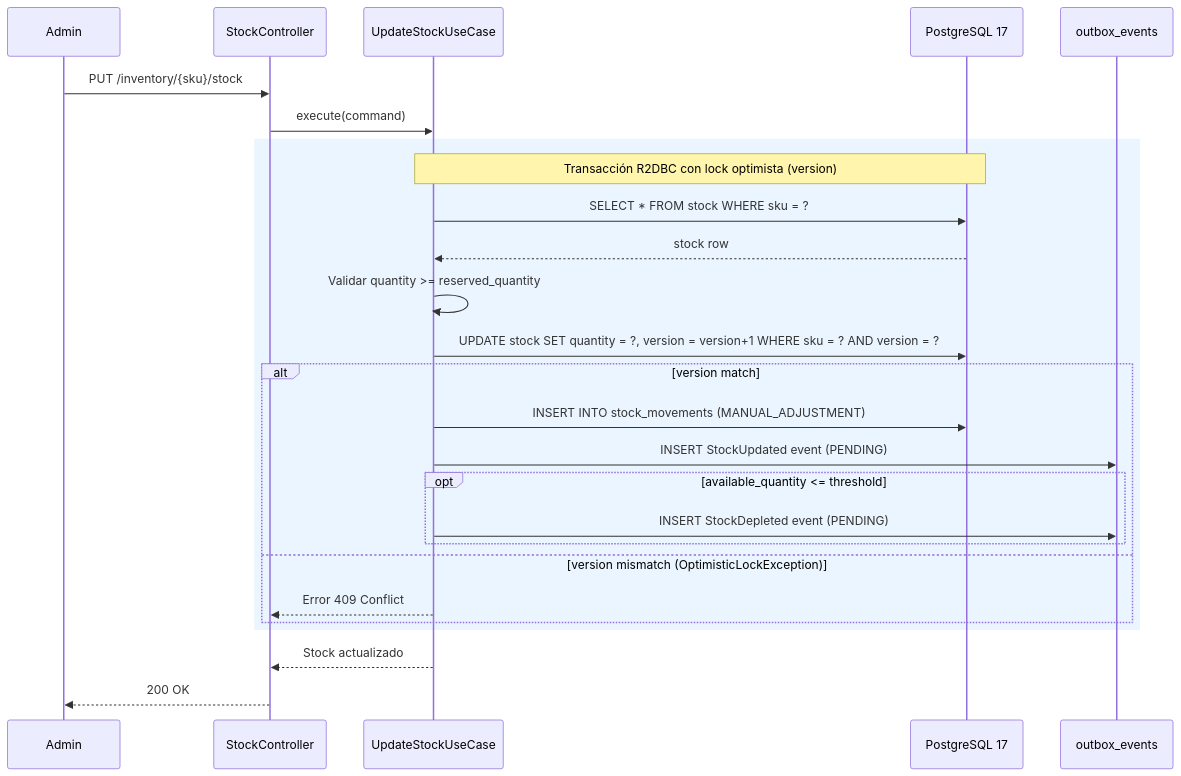
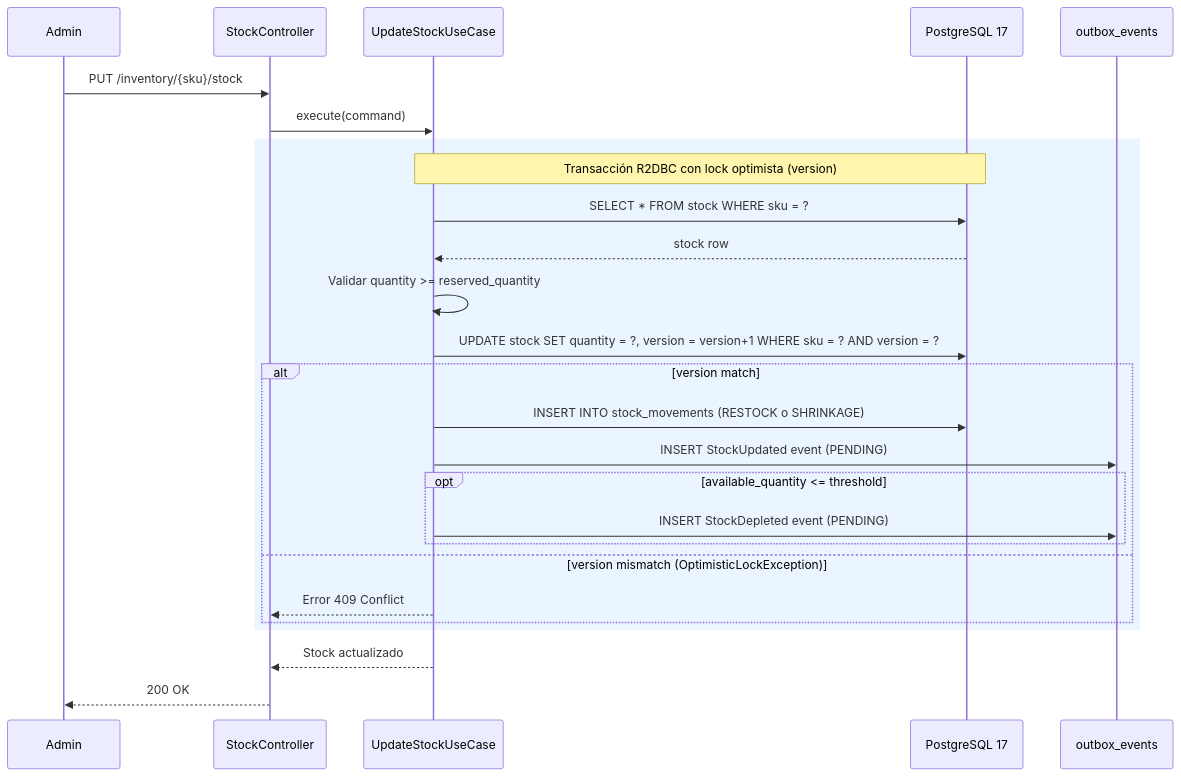
Before and after one commit to Saisho137/Arka: the third of 6 diagrams in .kiro/specs/ms-inventory/design.md, drawn with Mermaid. The commit also changed other lines of this file and 3 other files, not shown here.

````diff
--- a/.kiro/specs/ms-inventory/design.md
+++ b/.kiro/specs/ms-inventory/design.md
@@ -134,31 +134,31 @@
 ```mermaid
 sequenceDiagram
     participant Admin
     participant Controller as StockController
     participant UseCase as UpdateStockUseCase
     participant PG as PostgreSQL 17
     participant Outbox as outbox_events
 
     Admin->>Controller: PUT /inventory/{sku}/stock
     Controller->>UseCase: execute(command)
 
     rect rgb(235, 245, 255)
         Note over UseCase,PG: Transacción R2DBC con lock optimista (version)
         UseCase->>PG: SELECT * FROM stock WHERE sku = ?
         PG-->>UseCase: stock row
         UseCase->>UseCase: Validar quantity >= reserved_quantity
         UseCase->>PG: UPDATE stock SET quantity = ?, version = version+1 WHERE sku = ? AND version = ?
         alt version match
-            UseCase->>PG: INSERT INTO stock_movements (MANUAL_ADJUSTMENT)
+            UseCase->>PG: INSERT INTO stock_movements (RESTOCK o SHRINKAGE)
             UseCase->>Outbox: INSERT StockUpdated event (PENDING)
             opt available_quantity <= threshold
                 UseCase->>Outbox: INSERT StockDepleted event (PENDING)
             end
         else version mismatch (OptimisticLockException)
             UseCase-->>Controller: Error 409 Conflict
         end
     end
 
     UseCase-->>Controller: Stock actualizado
     Controller-->>Admin: 200 OK
 ```
````
